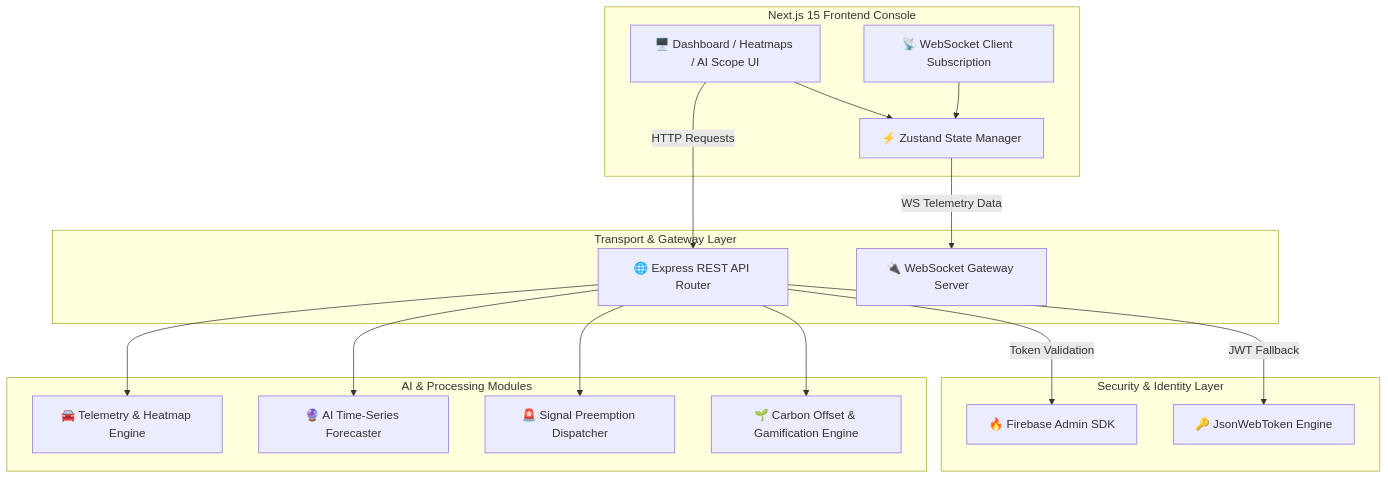
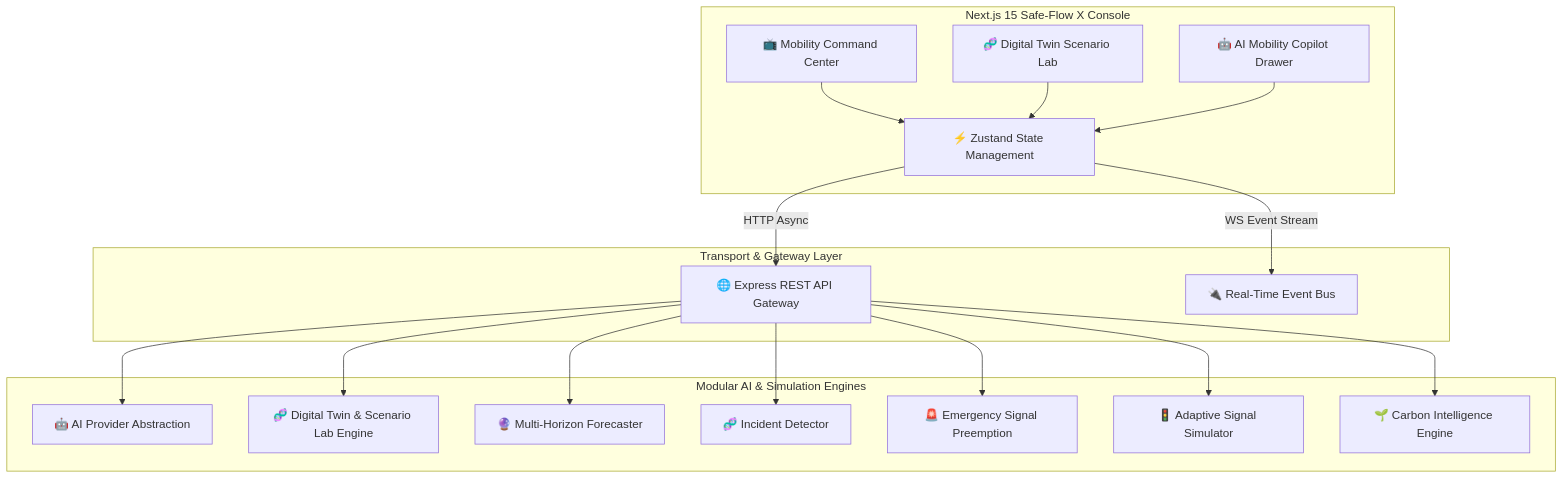
Before and after one commit to Monishwarann/Safe-Flow: the diagram in README.md, drawn with Mermaid. The commit also changed other lines of this file and 12 other files, not shown here.

Commit message:
feat: Upgrade to Safe-Flow X — AI Mobility Intelligence & Smart City Digital Twin Platform

````diff
--- a/README.md
+++ b/README.md
@@ -50,38 +39,38 @@
 ```mermaid
 graph TD
-    subgraph Client Layer [Next.js 15 Frontend Console]
-        UI[🖥️ Dashboard / Heatmaps / AI Scope UI]
-        Store[⚡ Zustand State Manager]
-        WSClient[📡 WebSocket Client Subscription]
-        UI --> Store
-        WSClient --> Store
+    subgraph Client Layer [Next.js 15 Safe-Flow X Console]
+        CC[📺 Mobility Command Center]
+        DT[🧬 Digital Twin Scenario Lab]
+        Copilot[🤖 AI Mobility Copilot Drawer]
+        Store[⚡ Zustand State Management]
+        CC --> Store
+        DT --> Store
+        Copilot --> Store
     end
 
     subgraph Transport & Gateway Layer
-        HTTP[🌐 Express REST API Router]
-        WSServer[🔌 WebSocket Gateway Server]
+        REST[🌐 Express REST API Gateway]
+        WSBus[🔌 Real-Time Event Bus]
     end
 
-    subgraph Security & Identity Layer
-        FirebaseAuth[🔥 Firebase Admin SDK]
-        LocalJWT[🔑 JsonWebToken Engine]
+    subgraph Modular AI & Simulation Engines
+        AIProv[🤖 AI Provider Abstraction]
+        DTEngine[🧬 Digital Twin & Scenario Lab Engine]
+        PredictEngine[🔮 Multi-Horizon Forecaster]
+        IncidentEngine[🧬 Incident Detector]
+        EmgEngine[🚨 Emergency Signal Preemption]
+        SignalEngine[🚦 Adaptive Signal Simulator]
+        EcoEngine[🌱 Carbon Intelligence Engine]
     end
 
-    subgraph AI & Processing Modules
-        TrafficGen[🚘 Telemetry & Heatmap Engine]
-        PredictiveAI[🔮 AI Time-Series Forecaster]
-        EmergencyEngine[🚨 Signal Preemption Dispatcher]
-        EcoCalc[🌱 Carbon Offset & Gamification Engine]
-    end
-
-    UI -->|HTTP Requests| HTTP
-    Store -->|WS Telemetry Data| WSServer
+    Store -->|HTTP Async| REST
+    Store -->|WS Event Stream| WSBus
     
-    HTTP -->|Token Validation| FirebaseAuth
-    HTTP -->|JWT Fallback| LocalJWT
-    
-    HTTP --> TrafficGen
-    HTTP --> PredictiveAI
-    HTTP --> EmergencyEngine
-    HTTP --> EcoCalc
+    REST --> AIProv
+    REST --> DTEngine
+    REST --> PredictEngine
+    REST --> IncidentEngine
+    REST --> EmgEngine
+    REST --> SignalEngine
+    REST --> EcoEngine
 ```
````
